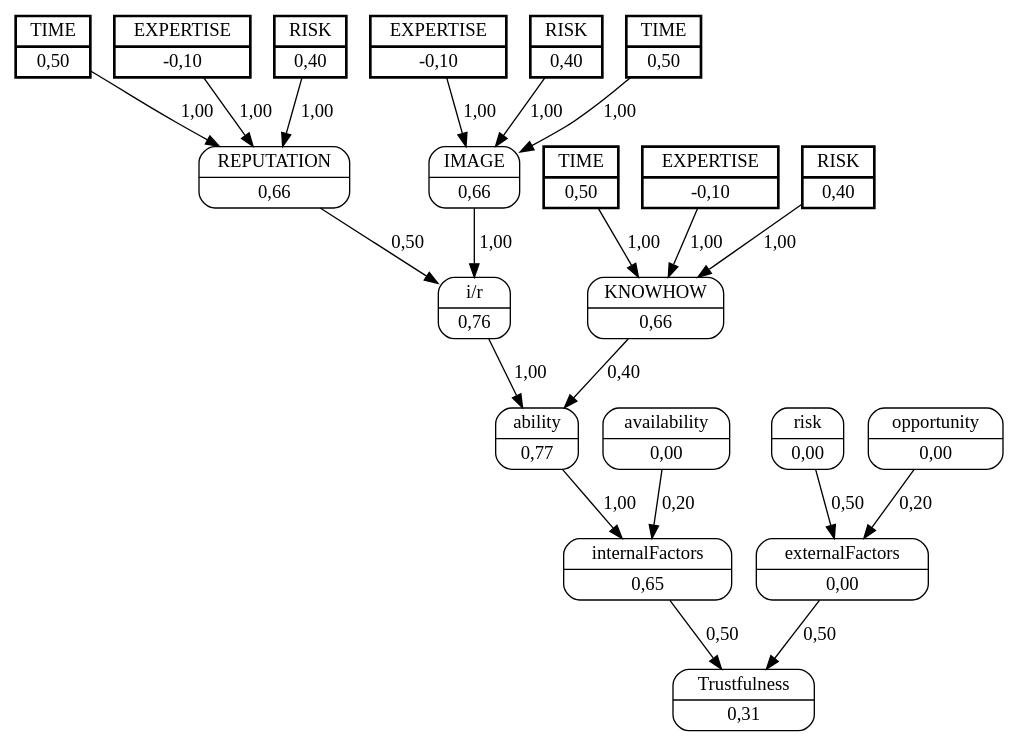
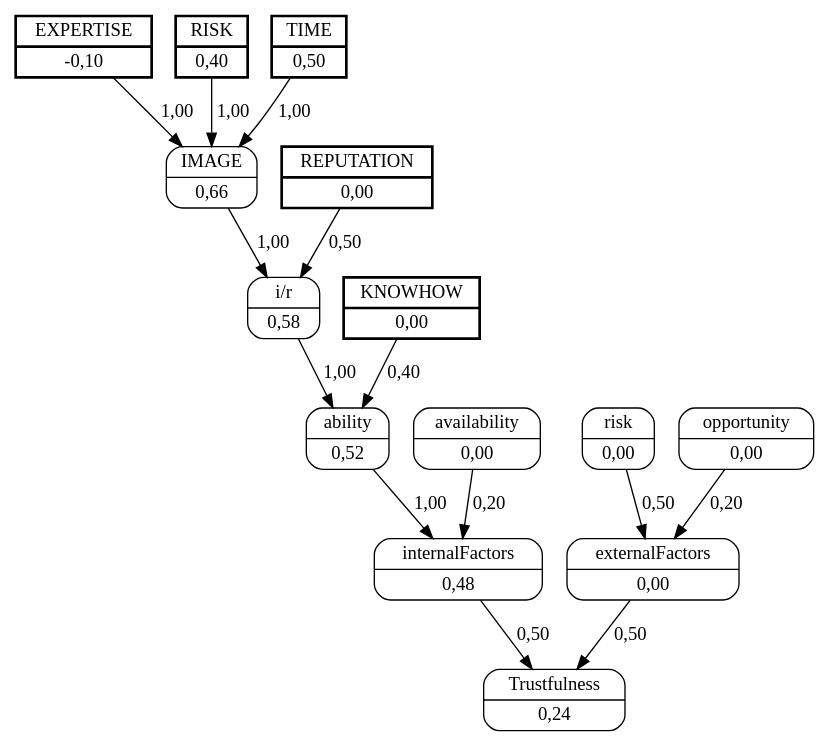
One commit to jjbaqueta/unload_experiment changed the diagram in unload_boxes/dots/truck_8worker_1.dot. Above: the diagram before and after it, drawn with Graphviz. The commit also changed 17 other files, not shown here.

```diff
--- a/unload_boxes/dots/truck_8worker_1.dot
+++ b/unload_boxes/dots/truck_8worker_1.dot
@@ -1,47 +1,32 @@
 digraph FCM_net{
 	node [shape=record, style=rounded]
 	11 [label="{EXPERTISE | -0,10}", style=bold, penwidth=2, peripheries=2];
 	12 [label="{RISK | 0,40}", style=bold, penwidth=2, peripheries=2];
 	13 [label="{TIME | 0,50}", style=bold, penwidth=2, peripheries=2];
-	14 [label="{EXPERTISE | -0,10}", style=bold, penwidth=2, peripheries=2];
-	15 [label="{RISK | 0,40}", style=bold, penwidth=2, peripheries=2];
-	16 [label="{TIME | 0,50}", style=bold, penwidth=2, peripheries=2];
-	17 [label="{EXPERTISE | -0,10}", style=bold, penwidth=2, peripheries=2];
-	18 [label="{RISK | 0,40}", style=bold, penwidth=2, peripheries=2];
-	19 [label="{TIME | 0,50}", style=bold, penwidth=2, peripheries=2];
+	1 [label="{REPUTATION | 0,00}", style=bold, penwidth=2, peripheries=2];
+	2 [label="{KNOWHOW | 0,00}", style=bold, penwidth=2, peripheries=2];
 	0 [label="{IMAGE | 0,66}"];
-	1 [label="{REPUTATION | 0,66}"];
-	2 [label="{KNOWHOW | 0,66}"];
-	3 [label="{i/r | 0,76}"];
-	4 [label="{ability | 0,77}"];
+	3 [label="{i/r | 0,58}"];
+	4 [label="{ability | 0,52}"];
 	5 [label="{availability | 0,00}"];
-	6 [label="{internalFactors | 0,65}"];
+	6 [label="{internalFactors | 0,48}"];
 	7 [label="{risk | 0,00}"];
 	8 [label="{opportunity | 0,00}"];
 	9 [label="{externalFactors | 0,00}"];
-	10 [label="{Trustfulness | 0,31}"];
+	10 [label="{Trustfulness | 0,24}"];
 	11 [label="{EXPERTISE | -0,10}"];
-	12 [label="{RISK | 0,40}"];
 	13 [label="{TIME | 0,50}"];
-	15 [label="{RISK | 0,40}"];
-	17 [label="{EXPERTISE | -0,10}"];
 	0 -> 3 [label = "1,00"];
 	1 -> 3 [label = "0,50"];
 	3 -> 4 [label = "1,00"];
 	2 -> 4 [label = "0,40"];
 	4 -> 6 [label = "1,00"];
 	5 -> 6 [label = "0,20"];
 	6 -> 10 [label = "0,50"];
 	7 -> 9 [label = "0,50"];
 	8 -> 9 [label = "0,20"];
 	9 -> 10 [label = "0,50"];
 	11 -> 0 [label = "1,00"];
 	12 -> 0 [label = "1,00"];
 	13 -> 0 [label = "1,00"];
-	14 -> 1 [label = "1,00"];
-	15 -> 1 [label = "1,00"];
-	16 -> 1 [label = "1,00"];
-	17 -> 2 [label = "1,00"];
-	18 -> 2 [label = "1,00"];
-	19 -> 2 [label = "1,00"];
 }
```
